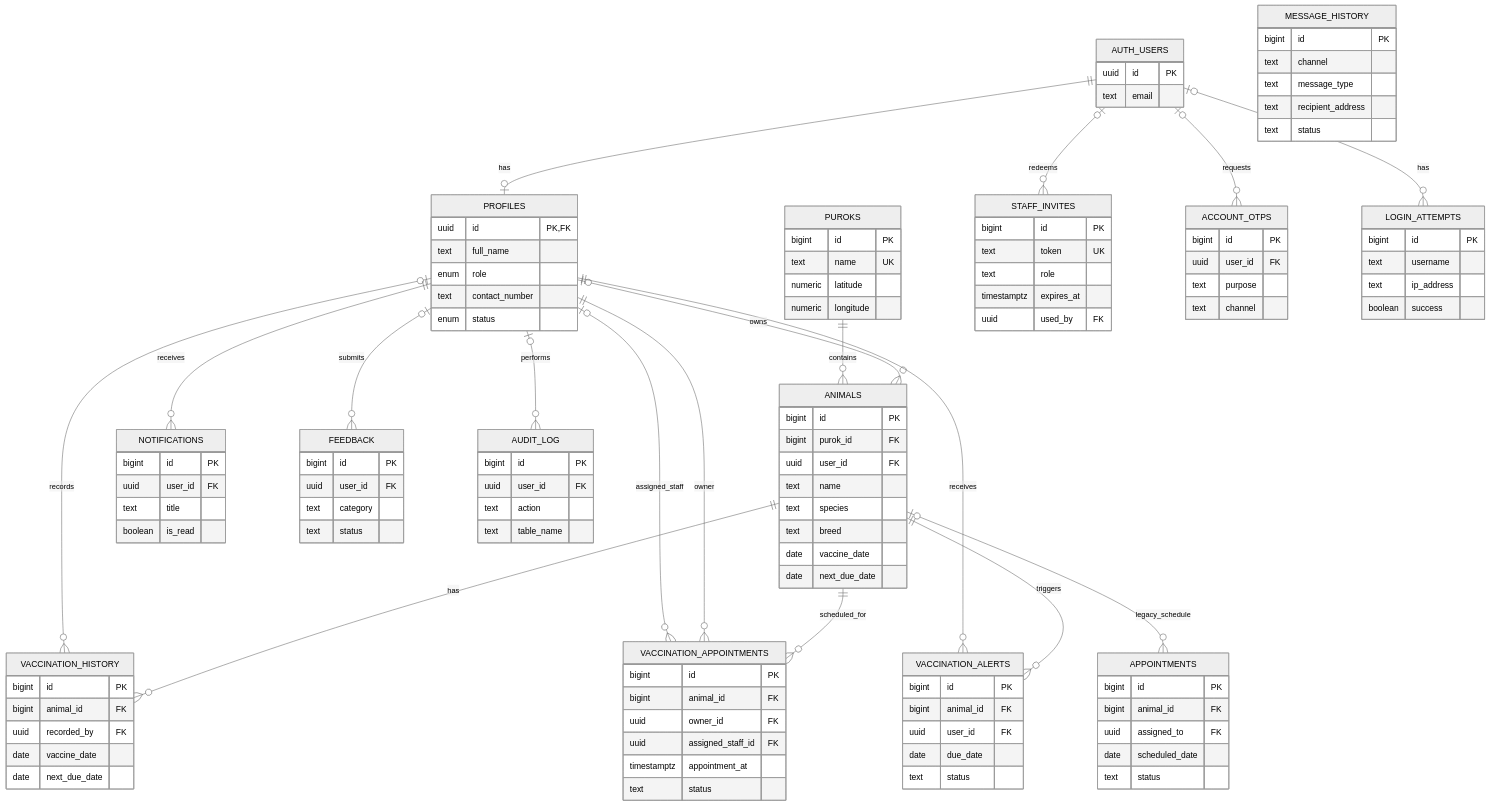
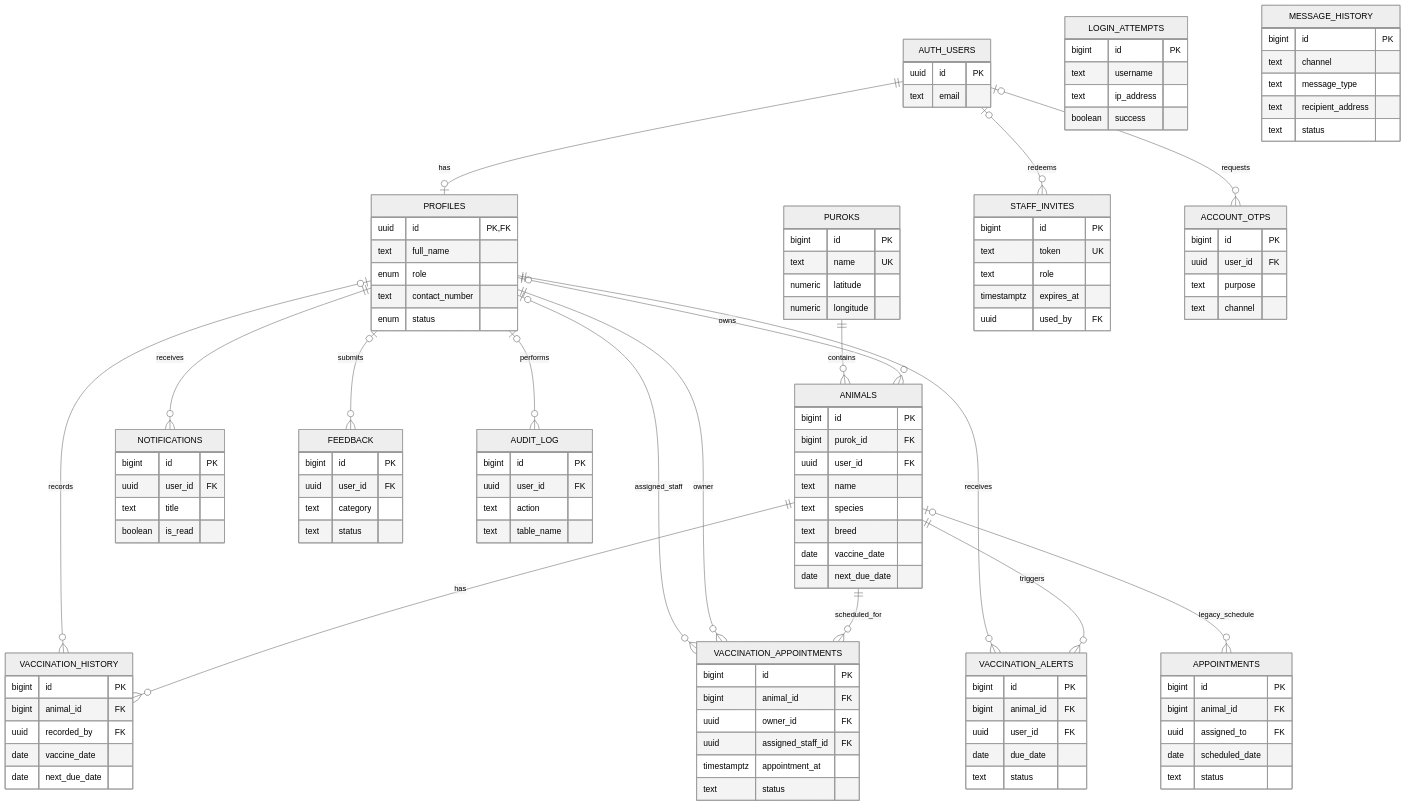
Before and after one commit to kiniakoangaccount/vaccitrack-capstone: the second of 7 diagrams in docs/vaccitrack-system.md, drawn with Mermaid. The commit also changed other lines of this file and 4 other files, not shown here.

Commit message:
diagrams updated

```diff
--- a/docs/vaccitrack-system.md
+++ b/docs/vaccitrack-system.md
@@ -48,7 +48,6 @@
   AUTH_USERS o|--o{ STAFF_INVITES : redeems
   AUTH_USERS o|--o{ ACCOUNT_OTPS : requests
   ANIMALS o|--o{ APPOINTMENTS : legacy_schedule
-  AUTH_USERS o|--o{ LOGIN_ATTEMPTS : has
 
   AUTH_USERS {
     uuid id PK
```
